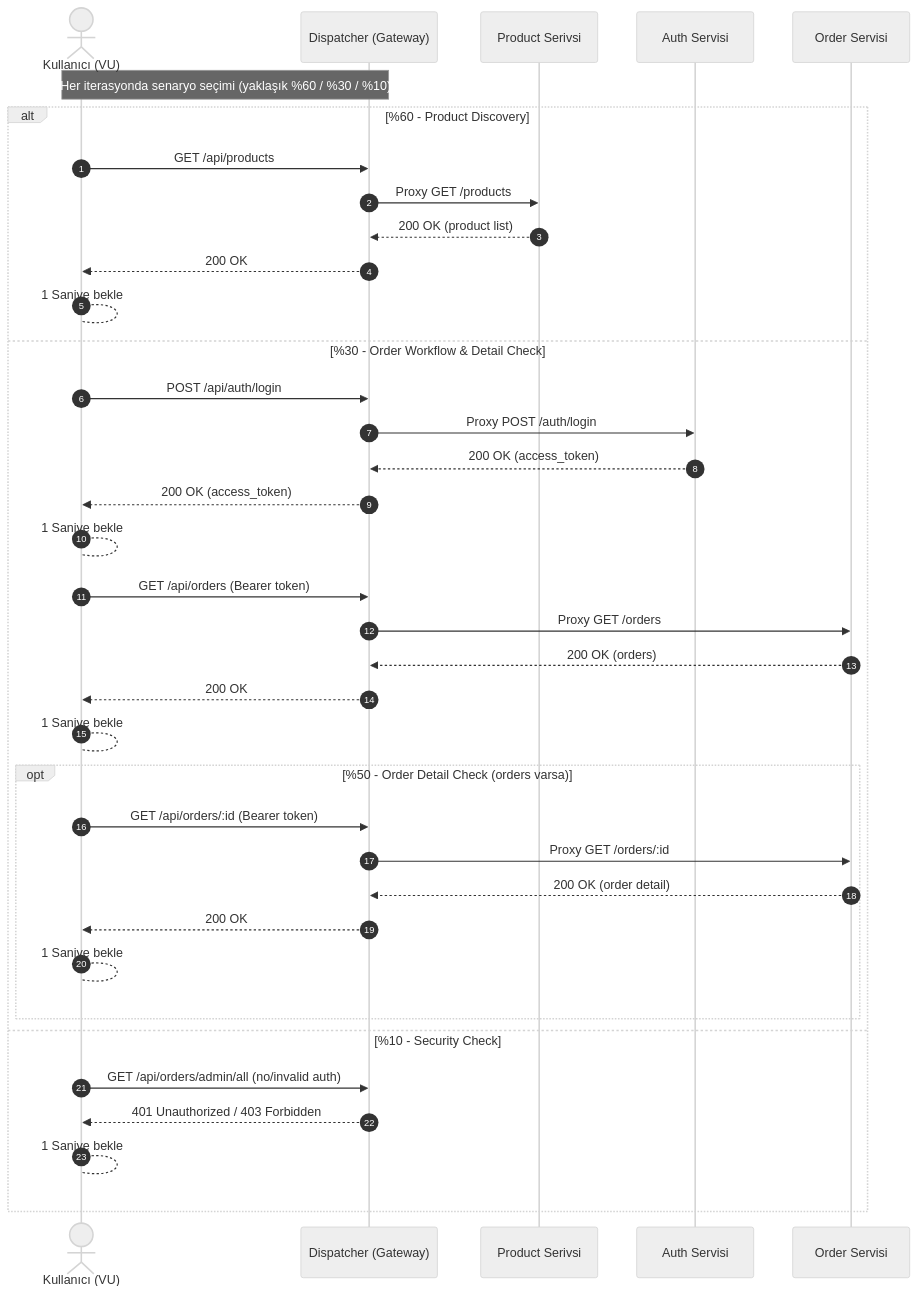
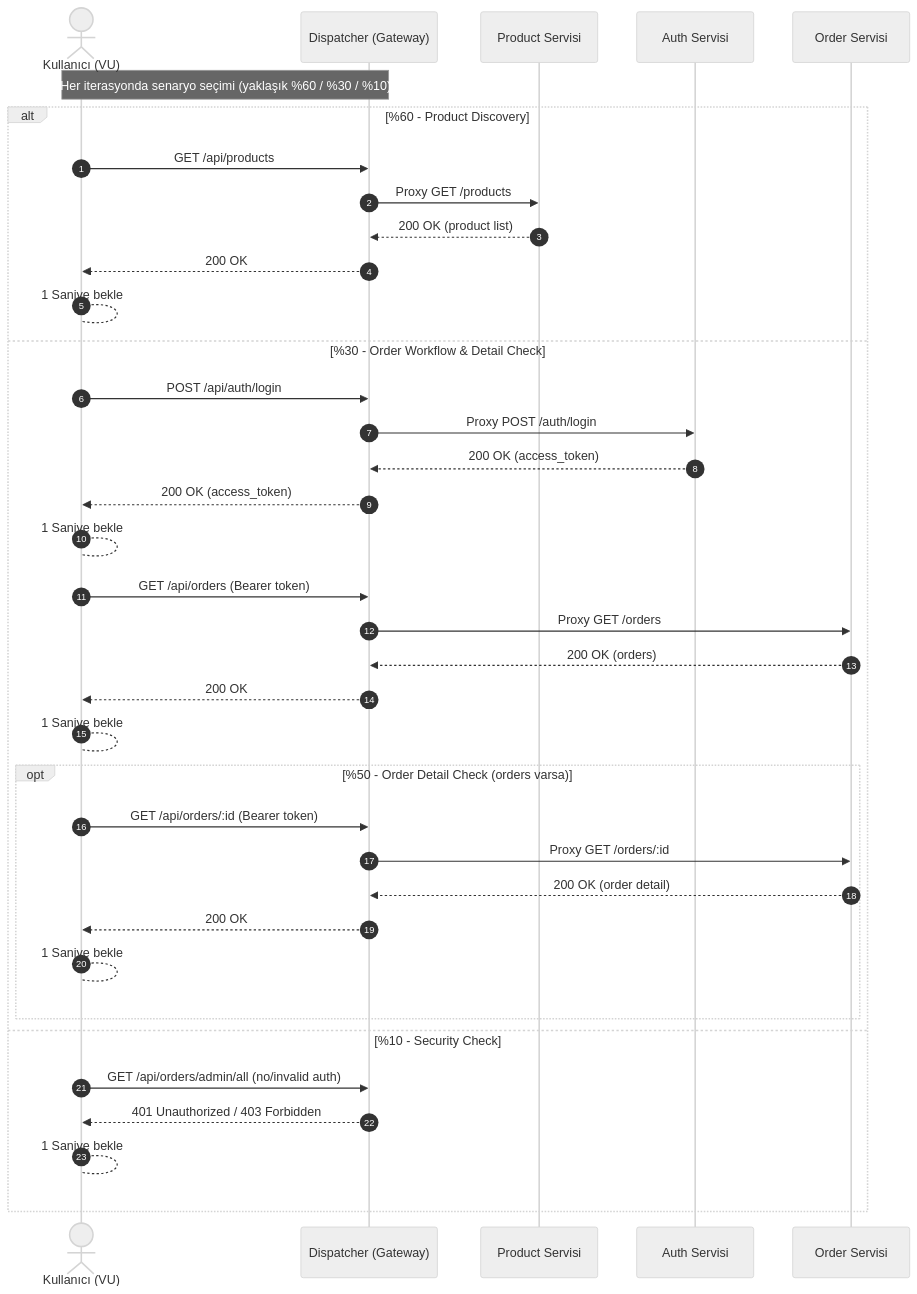
One commit to KingOfPlayer/e-ticaret changed the third of 5 diagrams in README.md. Above: the diagram before and after it, drawn with Mermaid (neutral theme). The commit also changed other lines of this file, not shown here.

````diff
--- a/README.md
+++ b/README.md
@@ -219,43 +219,43 @@
 ```mermaid
 sequenceDiagram
     autonumber
     actor U as Kullanıcı (VU)
     participant G as Dispatcher (Gateway)
-    participant P as Product Serivsi
+    participant P as Product Servisi
     participant A as Auth Servisi
     participant O as Order Servisi
 
     Note over U,G: Her iterasyonda senaryo seçimi (yaklaşık %60 / %30 / %10)
 
     alt %60 - Product Discovery
         U->>G: GET /api/products
         G->>P: Proxy GET /products
         P-->>G: 200 OK (product list)
         G-->>U: 200 OK
         U-->U: 1 Saniye bekle
     else %30 - Order Workflow & Detail Check
         U->>G: POST /api/auth/login
         G->>A: Proxy POST /auth/login
         A-->>G: 200 OK (access_token)
         G-->>U: 200 OK (access_token)
         U-->U: 1 Saniye bekle
 
         U->>G: GET /api/orders (Bearer token)
         G->>O: Proxy GET /orders
         O-->>G: 200 OK (orders)
         G-->>U: 200 OK
         U-->U: 1 Saniye bekle
 
         opt %50 - Order Detail Check (orders varsa)
             U->>G: GET /api/orders/:id (Bearer token)
             G->>O: Proxy GET /orders/:id
             O-->>G: 200 OK (order detail)
             G-->>U: 200 OK
-        U-->U: 1 Saniye bekle
+            U-->U: 1 Saniye bekle
         end
     else %10 - Security Check
         U->>G: GET /api/orders/admin/all (no/invalid auth)
         G-->>U: 401 Unauthorized / 403 Forbidden
         U-->U: 1 Saniye bekle
     end
 ```
````
